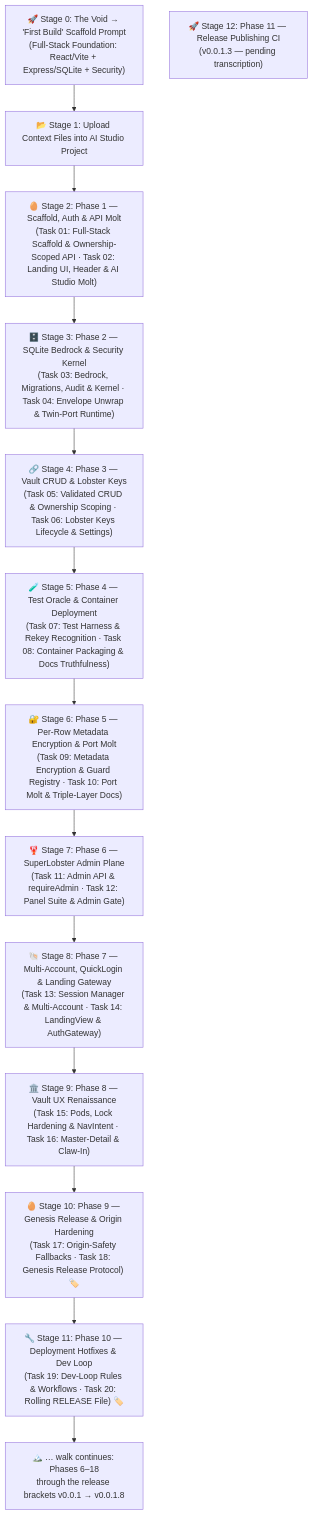
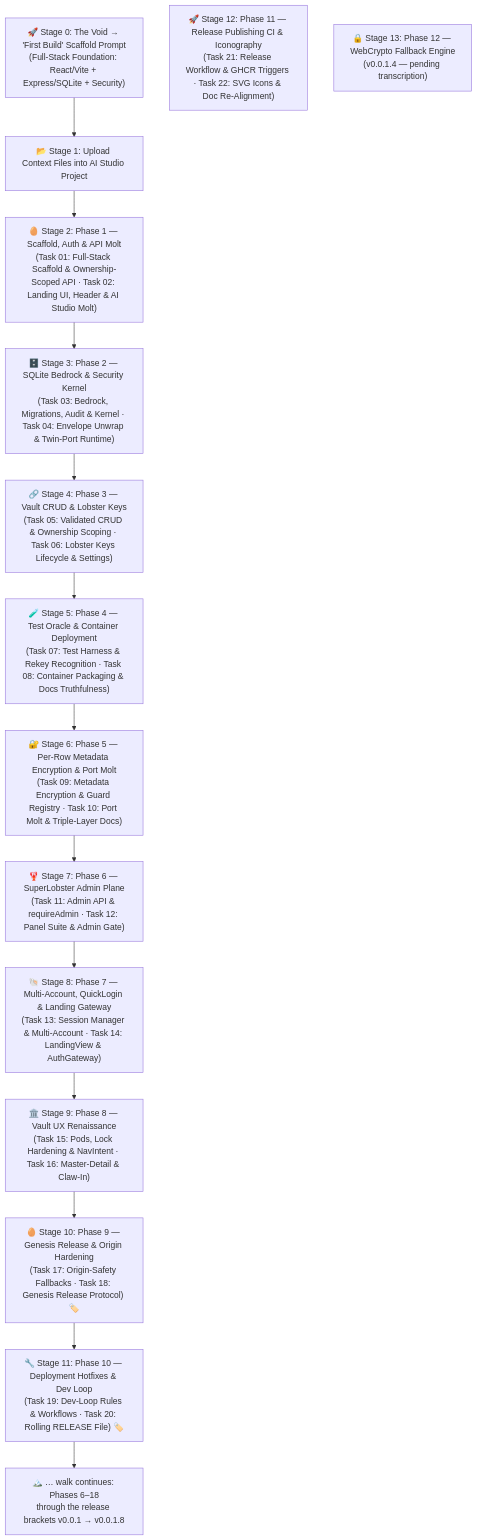
Before and after one commit to ClawStackStudios/ShellGuard: the diagram in project/meta-prompt-ai-studio.md, drawn with Mermaid. The commit also changed other lines of this file and 1 other file, not shown here.

First line of the commit message:
docs: transcribe Phase 11 - Release Publishing CI & Iconography (v0.0.1.3)

````diff
--- a/project/meta-prompt-ai-studio.md
+++ b/project/meta-prompt-ai-studio.md
@@ -16,30 +16,31 @@
 ```mermaid
 flowchart TD
     Step0["🚀 Stage 0: The Void → 'First Build' Scaffold Prompt<br/>(Full-Stack Foundation: React/Vite + Express/SQLite + Security)"]
     UploadContext["📂 Stage 1: Upload Context Files into AI Studio Project"]
     Phase1["🥚 Stage 2: Phase 1 — Scaffold, Auth & API Molt<br/>(Task 01: Full-Stack Scaffold & Ownership-Scoped API · Task 02: Landing UI, Header & AI Studio Molt)"]
     Phase2["🗄️ Stage 3: Phase 2 — SQLite Bedrock & Security Kernel<br/>(Task 03: Bedrock, Migrations, Audit & Kernel · Task 04: Envelope Unwrap & Twin-Port Runtime)"]
     Phase3["🔗 Stage 4: Phase 3 — Vault CRUD & Lobster Keys<br/>(Task 05: Validated CRUD & Ownership Scoping · Task 06: Lobster Keys Lifecycle & Settings)"]
     Phase4["🧪 Stage 5: Phase 4 — Test Oracle & Container Deployment<br/>(Task 07: Test Harness & Rekey Recognition · Task 08: Container Packaging & Docs Truthfulness)"]
     Phase5["🔐 Stage 6: Phase 5 — Per-Row Metadata Encryption & Port Molt<br/>(Task 09: Metadata Encryption & Guard Registry · Task 10: Port Molt & Triple-Layer Docs)"]
     Phase6["🦞 Stage 7: Phase 6 — SuperLobster Admin Plane<br/>(Task 11: Admin API & requireAdmin · Task 12: Panel Suite & Admin Gate)"]
     Phase7["🐚 Stage 8: Phase 7 — Multi-Account, QuickLogin & Landing Gateway<br/>(Task 13: Session Manager & Multi-Account · Task 14: LandingView & AuthGateway)"]
     Phase8["🏛️ Stage 9: Phase 8 — Vault UX Renaissance<br/>(Task 15: Pods, Lock Hardening & NavIntent · Task 16: Master-Detail & Claw-In)"]
     Phase9["🥚 Stage 10: Phase 9 — Genesis Release & Origin Hardening<br/>(Task 17: Origin-Safety Fallbacks · Task 18: Genesis Release Protocol) 🏷️"]
     Phase10["🔧 Stage 11: Phase 10 — Deployment Hotfixes & Dev Loop<br/>(Task 19: Dev-Loop Rules & Workflows · Task 20: Rolling RELEASE File) 🏷️"]
-    Phase11["🚀 Stage 12: Phase 11 — Release Publishing CI<br/>(v0.0.1.3 — pending transcription)"]
+    Phase11["🚀 Stage 12: Phase 11 — Release Publishing CI & Iconography<br/>(Task 21: Release Workflow & GHCR Triggers · Task 22: SVG Icons & Doc Re-Alignment)"]
+    Phase12["🔒 Stage 13: Phase 12 — WebCrypto Fallback Engine<br/>(v0.0.1.4 — pending transcription)"]
     Summit["🏔️ … walk continues: Phases 6–18<br/>through the release brackets v0.0.1 → v0.0.1.8"]
 
     Step0 --> UploadContext
     UploadContext --> Phase1
     Phase1 --> Phase2
     Phase2 --> Phase3
     Phase3 --> Phase4
     Phase4 --> Phase5
     Phase5 --> Phase6
     Phase6 --> Phase7
     Phase7 --> Phase8
     Phase8 --> Phase9
     Phase9 --> Phase10
     Phase10 --> Summit
 ```
````
